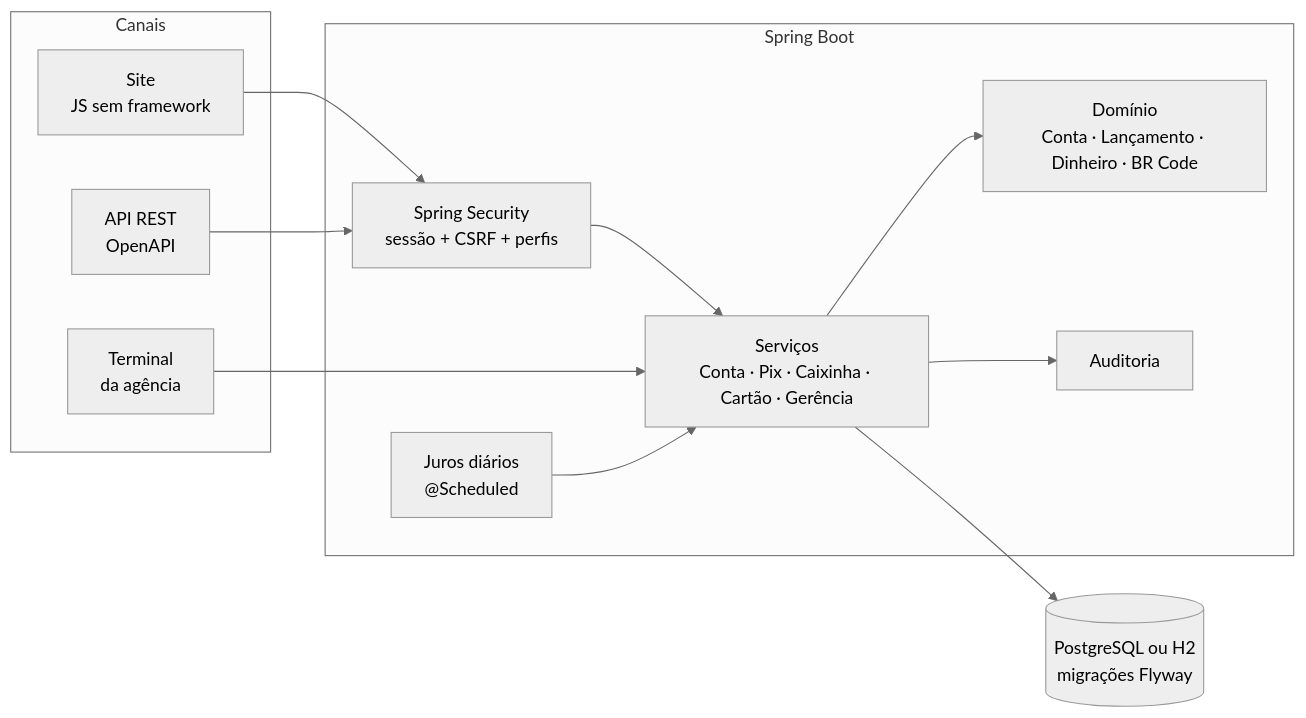
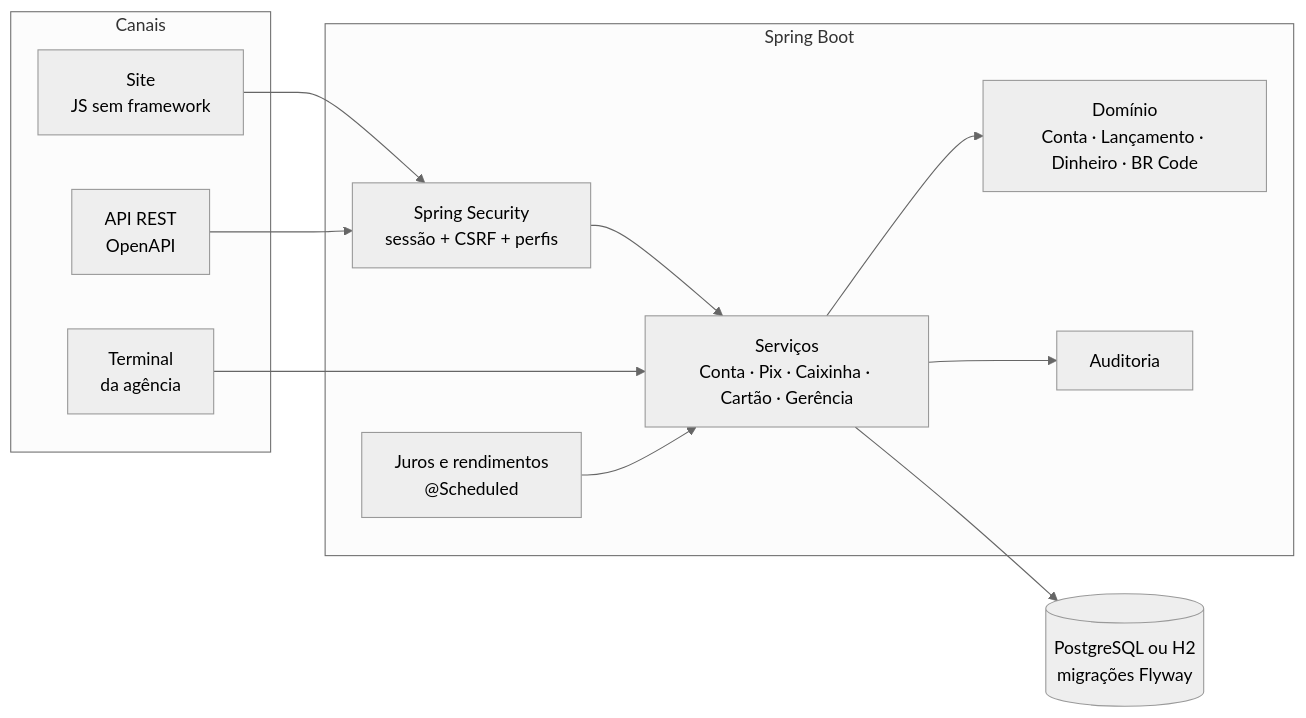
The second of 2 diagrams in README.md (barbozadevti/cofre), drawn with Mermaid (neutral theme) before and after one commit. The commit also changed other lines of this file and 4 other files, not shown here.

````diff
--- a/README.md
+++ b/README.md
@@ -106,23 +154,23 @@
 ```mermaid
 flowchart LR
   subgraph Canais
     WEB[Site<br>JS sem framework]
     API[API REST<br>OpenAPI]
     TERM[Terminal<br>da agência]
   end
   subgraph Spring Boot
     SEG[Spring Security<br>sessão + CSRF + perfis]
     SRV[Serviços<br>Conta · Pix · Caixinha · Cartão · Gerência]
     DOM[Domínio<br>Conta · Lançamento · Dinheiro · BR Code]
     AUD[Auditoria]
-    JOB[Juros diários<br>@Scheduled]
+    JOB[Juros e rendimentos<br>@Scheduled]
   end
   DB[(PostgreSQL ou H2<br>migrações Flyway)]
   WEB --> SEG --> SRV
   API --> SEG
   TERM --> SRV
   SRV --> DOM
   SRV --> AUD
   JOB --> SRV
   SRV --> DB
 ```
````
